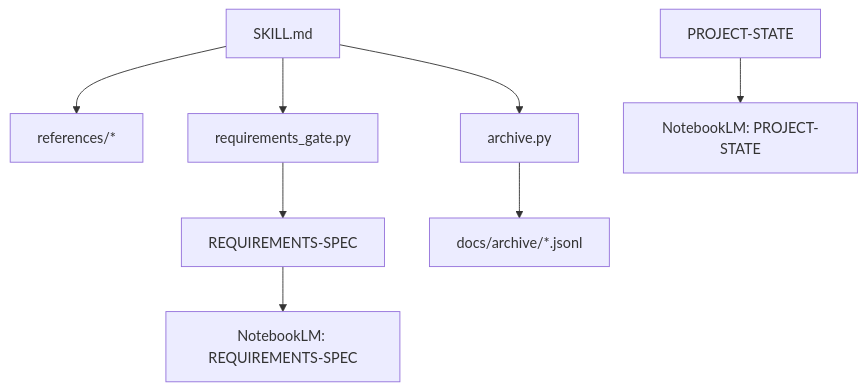
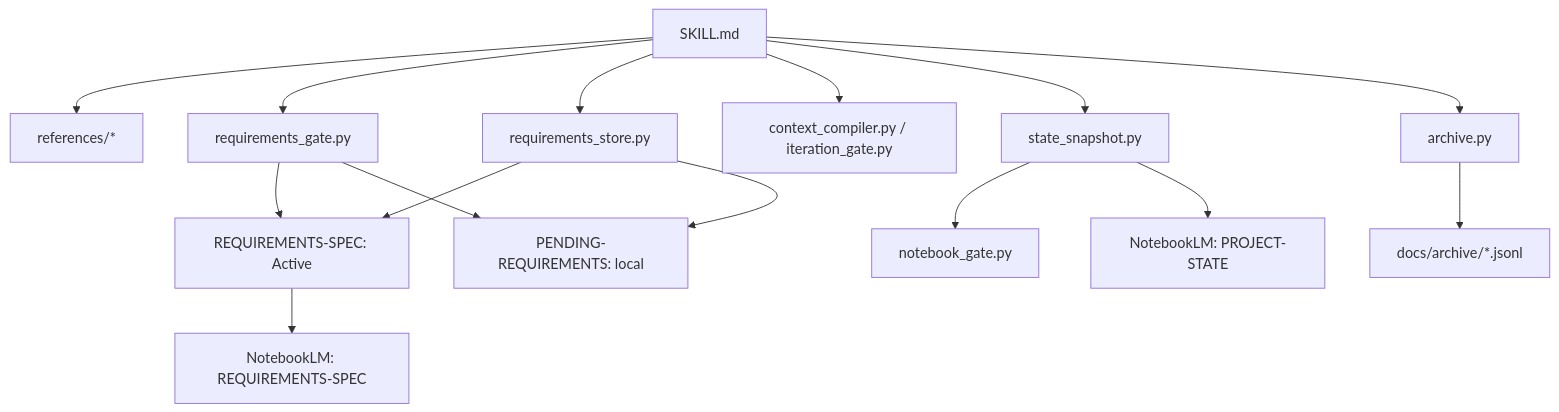
One commit to MySetsuna/notebooklm-iteration-loop changed the diagram in docs/PROJECT-STATE.md. Above: the diagram before and after it, drawn with Mermaid. The commit also changed other lines of this file and 32 other files, not shown here.

````diff
--- a/docs/PROJECT-STATE.md
+++ b/docs/PROJECT-STATE.md
@@ -13,10 +43,17 @@
 ```mermaid
 graph TD
   Skill["SKILL.md"] --> Governance["references/*"]
   Skill --> Gate["requirements_gate.py"]
+  Skill --> ReqStore["requirements_store.py"]
+  Skill --> Context["context_compiler.py / iteration_gate.py"]
+  Skill --> Snapshot["state_snapshot.py"]
+  Snapshot --> ColdGate["notebook_gate.py"]
   Skill --> Archive["archive.py"]
-  Gate --> Requirements["REQUIREMENTS-SPEC"]
+  Gate --> Requirements["REQUIREMENTS-SPEC: Active"]
+  Gate --> Pending["PENDING-REQUIREMENTS: local"]
+  ReqStore --> Requirements
+  ReqStore --> Pending
   Archive --> History["docs/archive/*.jsonl"]
   Requirements --> NLMReq["NotebookLM: REQUIREMENTS-SPEC"]
-  State["PROJECT-STATE"] --> NLMState["NotebookLM: PROJECT-STATE"]
+  Snapshot --> NLMState["NotebookLM: PROJECT-STATE"]
 ```
````
